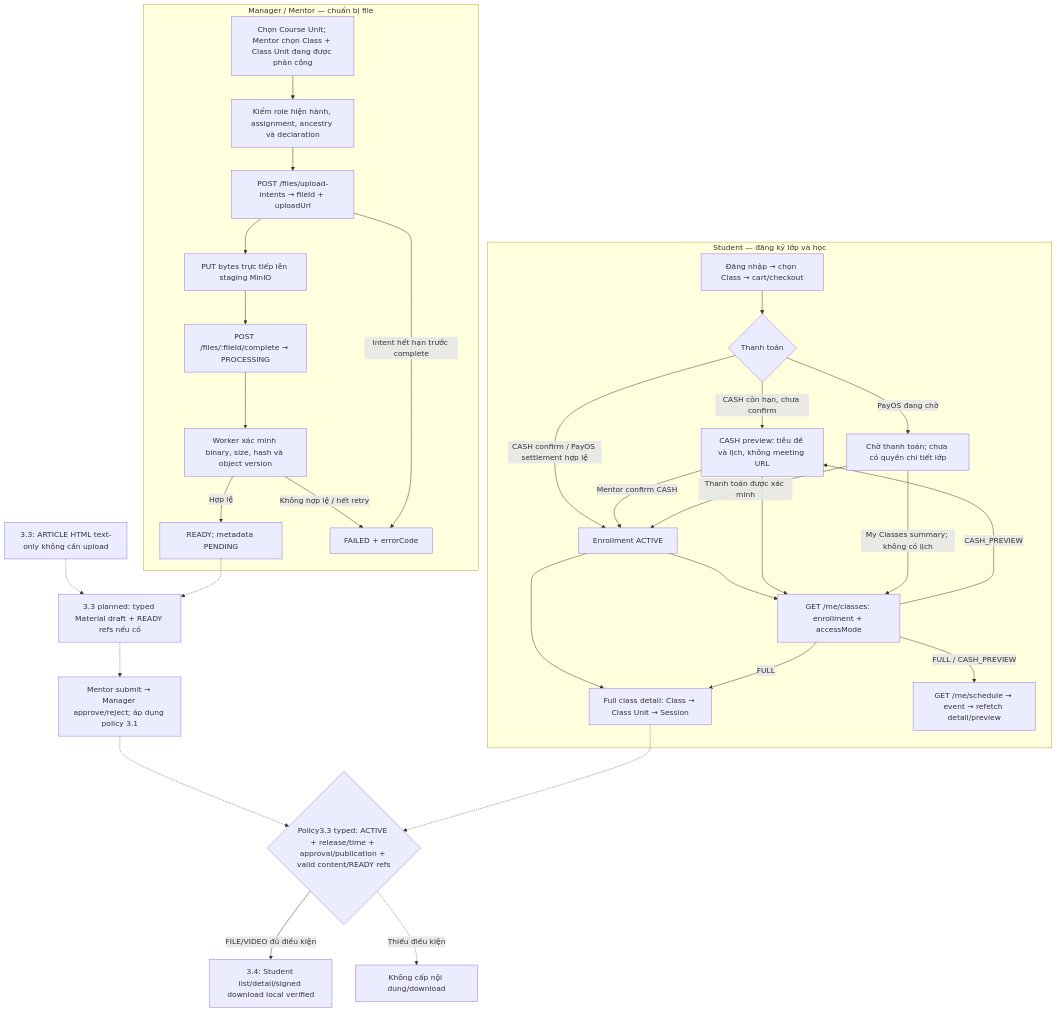
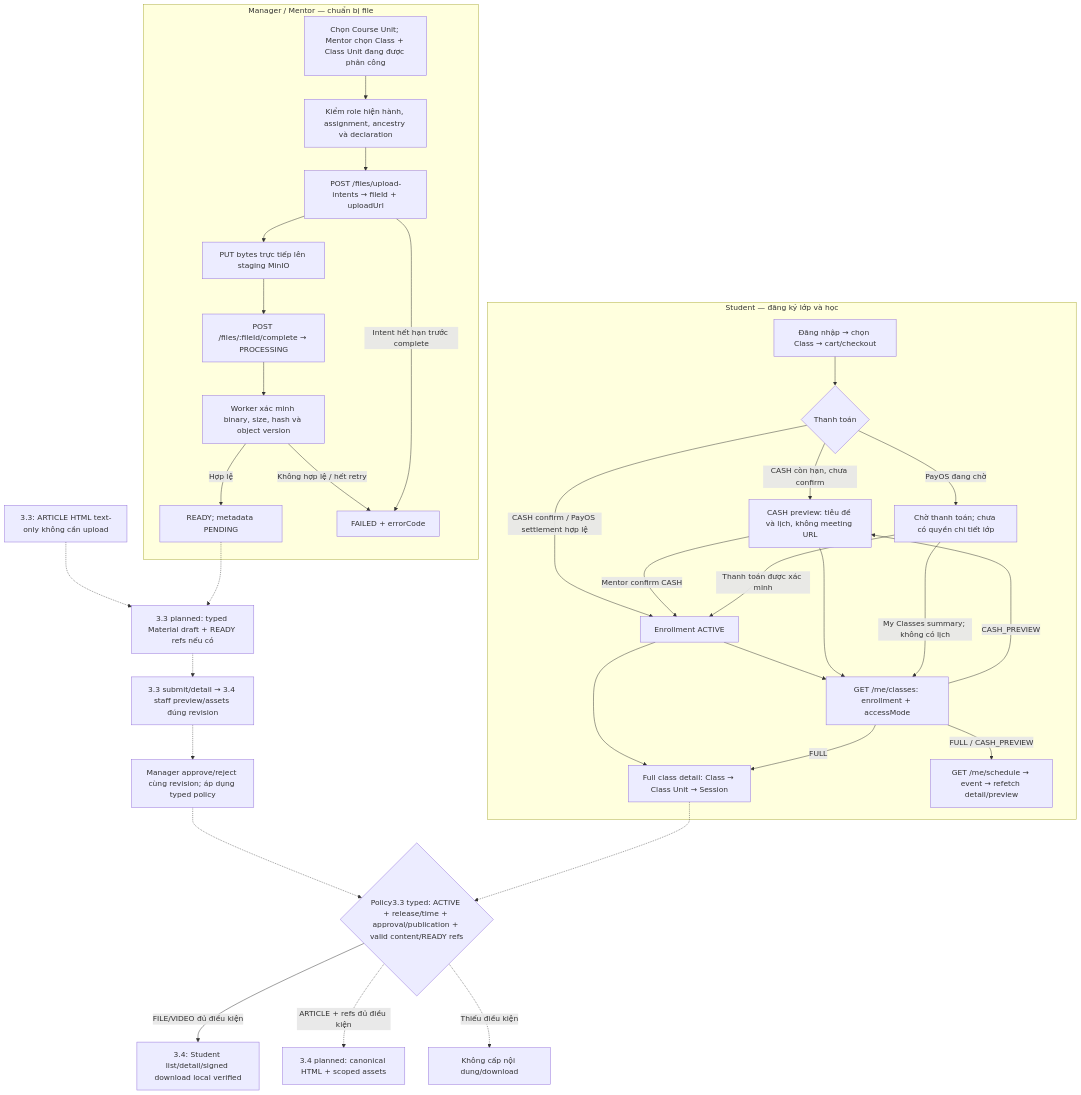
One commit to nhathuyck1/Mindy-BE changed the first of 2 diagrams in docs/api_flow/PHASE_2_3_TO_3_2_FLOW.md. Above: the diagram before and after it, drawn with Mermaid. The commit also changed other lines of this file and 20 other files, not shown here.

````diff
--- a/docs/api_flow/PHASE_2_3_TO_3_2_FLOW.md
+++ b/docs/api_flow/PHASE_2_3_TO_3_2_FLOW.md
@@ -37,35 +56,37 @@
 ```mermaid
 flowchart TD
   subgraph STUDENT["Student — đăng ký lớp và học"]
     S["Đăng nhập → chọn Class → cart/checkout"] --> O{"Thanh toán"}
     O -->|"CASH còn hạn, chưa confirm"| CP["CASH preview: tiêu đề và lịch, không meeting URL"]
     O -->|"PayOS đang chờ"| PP["Chờ thanh toán; chưa có quyền chi tiết lớp"]
     O -->|"CASH confirm / PayOS settlement hợp lệ"| EN["Enrollment ACTIVE"]
     EN --> DETAIL["Full class detail: Class → Class Unit → Session"]
     CP -->|"Mentor confirm CASH"| EN
     PP -->|"Thanh toán được xác minh"| EN
     EN --> MY["GET /me/classes: enrollment + accessMode"]
     CP --> MY
     PP -->|"My Classes summary; không có lịch"| MY
     MY -->|FULL| DETAIL
     MY -->|CASH_PREVIEW| CP
     MY -->|"FULL / CASH_PREVIEW"| CAL["GET /me/schedule → event → refetch detail/preview"]
   end
   subgraph AUTHOR["Manager / Mentor — chuẩn bị file"]
     U["Chọn Course Unit; Mentor chọn Class + Class Unit đang được phân công"] --> AUTH["Kiểm role hiện hành, assignment, ancestry và declaration"]
     AUTH --> INT["POST /files/upload-intents → fileId + uploadUrl"]
     INT --> PUT["PUT bytes trực tiếp lên staging MinIO"]
     PUT --> COMPLETE["POST /files/:fileId/complete → PROCESSING"]
     COMPLETE --> WORK["Worker xác minh binary, size, hash và object version"]
     WORK -->|"Hợp lệ"| READY["READY; metadata PENDING"]
     WORK -->|"Không hợp lệ / hết retry"| FAILED["FAILED + errorCode"]
     INT -->|"Intent hết hạn trước complete"| FAILED
   end
   ARTICLE["3.3: ARTICLE HTML text-only không cần upload"] -.-> MAT
   READY -.-> MAT["3.3 planned: typed Material draft + READY refs nếu có"]
-  MAT -.-> REVIEW["Mentor submit → Manager approve/reject; áp dụng policy 3.1"]
+  MAT -.-> PRE["3.3 submit/detail → 3.4 staff preview/assets đúng revision"]
+  PRE -.-> REVIEW["Manager approve/reject cùng revision; áp dụng typed policy"]
   REVIEW -.-> GATE{"Policy3.3 typed: ACTIVE + release/time + approval/publication + valid content/READY refs"}
   DETAIL -.-> GATE
   GATE -->|"FILE/VIDEO đủ điều kiện"| READ["3.4: Student list/detail/signed download local verified"]
+  GATE -.->|"ARTICLE + refs đủ điều kiện"| AR["3.4 planned: canonical HTML + scoped assets"]
   GATE -.->|"Thiếu điều kiện"| DENY["Không cấp nội dung/download"]
 ```
````
